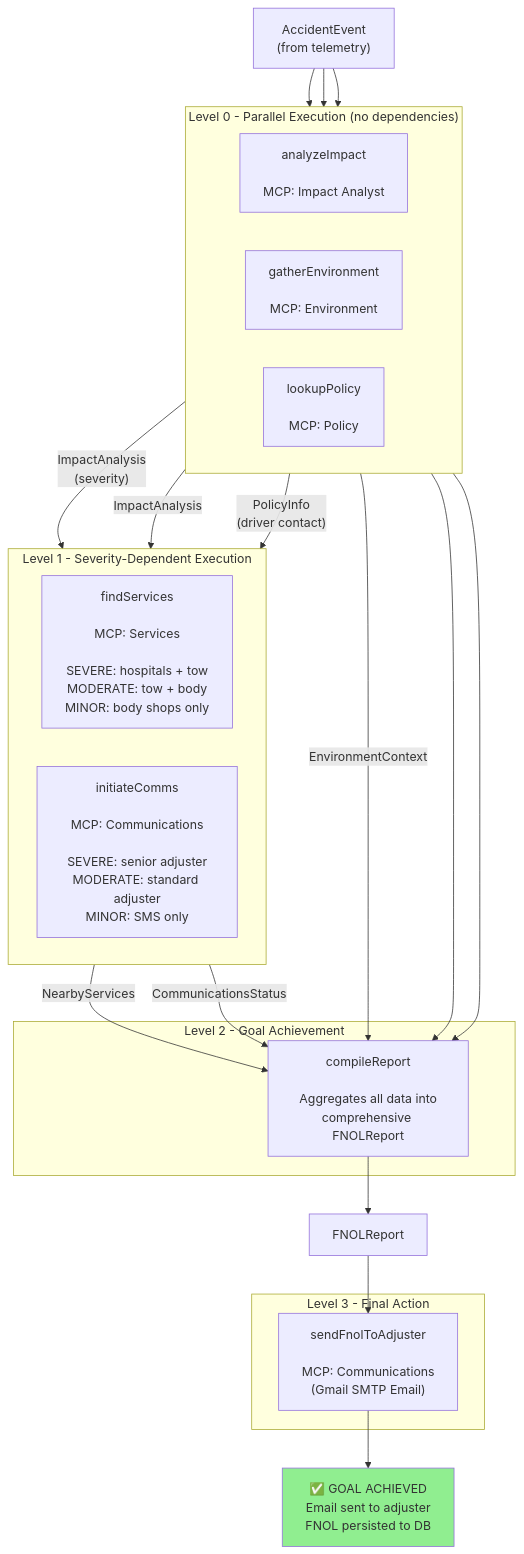
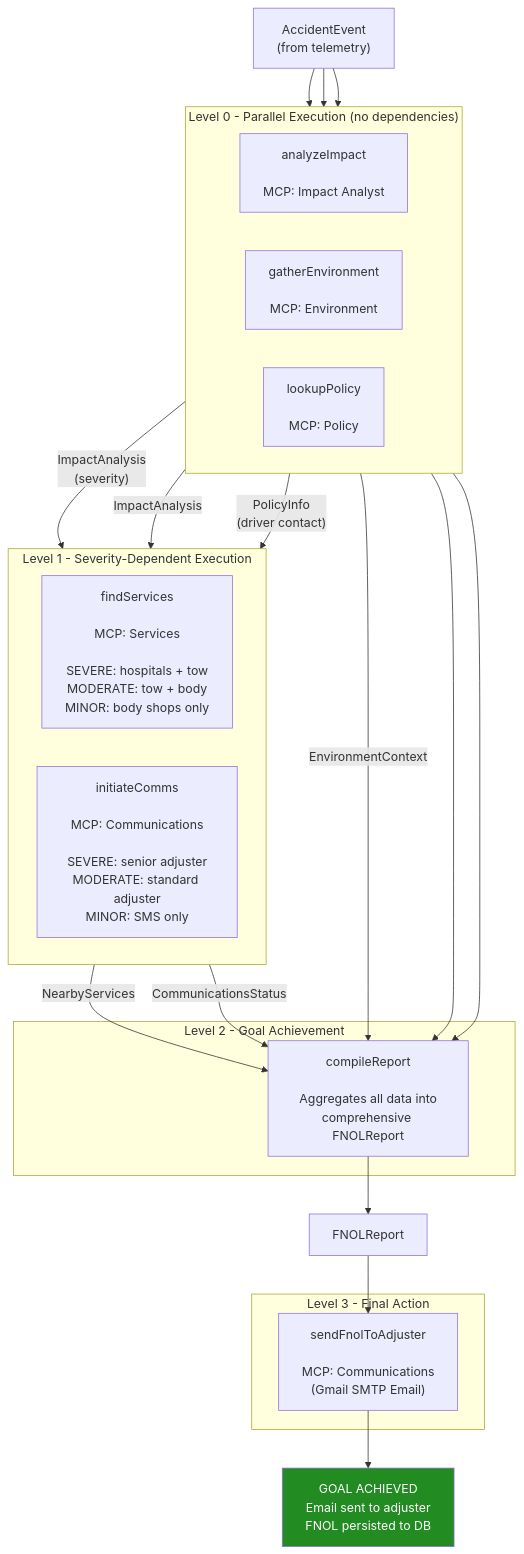
Before and after one commit to dbbaskette/imc-crash: the second of 2 diagrams in README.md, drawn with Mermaid. The commit also changed 1 other file, not shown here.

Commit message:
Fix Mermaid diagram styling for better readability
- Change goal state nodes from light green (#90EE90) to dark green
  (#228B22) with white text for better contrast
- Remove emoji from goal node text to improve rendering
- Affects README.md and AGENTIC-ARCHITECTURE.md diagrams

````diff
--- a/README.md
+++ b/README.md
@@ -145,46 +145,46 @@
 ```mermaid
 flowchart TB
     AE["AccidentEvent<br/>(from telemetry)"]
 
     subgraph Level0["Level 0 - Parallel Execution (no dependencies)"]
         direction LR
         AI["analyzeImpact<br/><br/>MCP: Impact Analyst"]
         GE["gatherEnvironment<br/><br/>MCP: Environment"]
         LP["lookupPolicy<br/><br/>MCP: Policy"]
     end
 
     AE --> AI
     AE --> GE
     AE --> LP
 
     AI --> |"ImpactAnalysis<br/>(severity)"| FS
     AI --> |"ImpactAnalysis"| IC
     LP --> |"PolicyInfo<br/>(driver contact)"| IC
 
     subgraph Level1["Level 1 - Severity-Dependent Execution"]
         direction LR
         FS["findServices<br/><br/>MCP: Services<br/><br/>SEVERE: hospitals + tow<br/>MODERATE: tow + body<br/>MINOR: body shops only"]
         IC["initiateComms<br/><br/>MCP: Communications<br/><br/>SEVERE: senior adjuster<br/>MODERATE: standard adjuster<br/>MINOR: SMS only"]
     end
 
     GE --> |"EnvironmentContext"| CR
     FS --> |"NearbyServices"| CR
     IC --> |"CommunicationsStatus"| CR
     AI --> CR
     LP --> CR
 
     subgraph Level2["Level 2 - Goal Achievement"]
         CR["compileReport<br/><br/>Aggregates all data into<br/>comprehensive FNOLReport"]
     end
 
     CR --> FNOL["FNOLReport"]
 
     subgraph Level3["Level 3 - Final Action"]
         SEND["sendFnolToAdjuster<br/><br/>MCP: Communications<br/>(Gmail SMTP Email)"]
     end
 
     FNOL --> SEND
-    SEND --> OUT["✅ GOAL ACHIEVED<br/>Email sent to adjuster<br/>FNOL persisted to DB"]
+    SEND --> OUT["GOAL ACHIEVED<br/>Email sent to adjuster<br/>FNOL persisted to DB"]
 
-    style OUT fill:#90EE90
+    style OUT fill:#228B22,color:#fff
 ```
````
